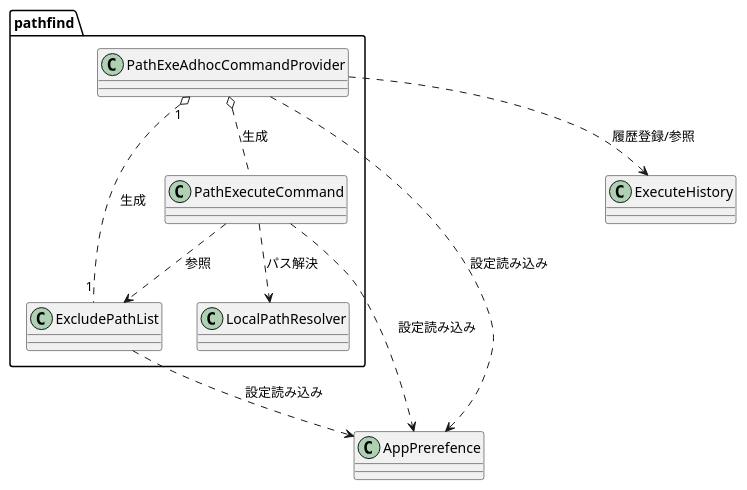
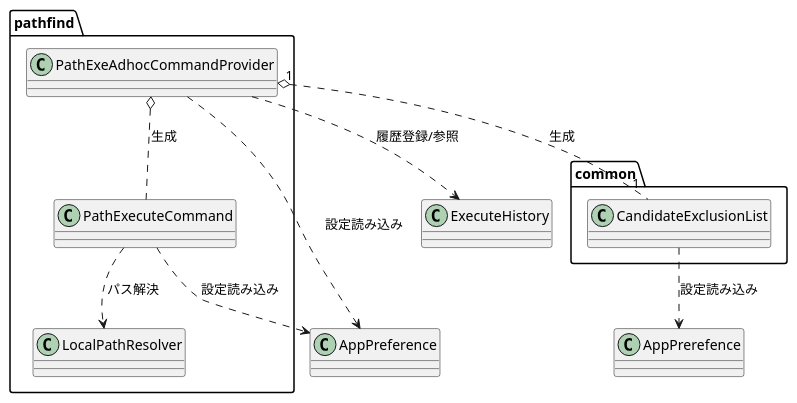
One commit to ampmmn/Soyokaze changed the first of 2 diagrams in src/soyokaze/commands/pathfind/README.md. Above: the diagram before and after it, drawn with PlantUML. The commit also changed other lines of this file and 24 other files, not shown here.

````diff
--- a/src/soyokaze/commands/pathfind/README.md
+++ b/src/soyokaze/commands/pathfind/README.md
@@ -7,29 +7,33 @@
 ```plantuml
 
-class AppPrerefence
+class AppPreference
 class ExecuteHistory
+
+namespace common {
+
+class CandidateExclusionList
+
+}
 
 namespace pathfind {
 
 class PathExeAdhocCommandProvider
 class PathExecuteCommand
-class ExcludePathList
 class LocalPathResolver
 
 PathExeAdhocCommandProvider o.. PathExecuteCommand : 生成
-PathExeAdhocCommandProvider "1" o.. "1" ExcludePathList : 生成
+PathExeAdhocCommandProvider "1" o.. "1" common.CandidateExclusionList : 生成
 
-PathExecuteCommand ..> ExcludePathList : 参照
 
 }
 
-pathfind.PathExecuteCommand ..> AppPrerefence : 設定読み込み
+pathfind.PathExecuteCommand ..> AppPreference : 設定読み込み
 pathfind.PathExecuteCommand ..> LocalPathResolver : パス解決
 
-pathfind.ExcludePathList ..> AppPrerefence : 設定読み込み
-pathfind.PathExeAdhocCommandProvider ..> AppPrerefence : 設定読み込み
+common.CandidateExclusionList ..> AppPrerefence : 設定読み込み
+pathfind.PathExeAdhocCommandProvider ..> AppPreference : 設定読み込み
 
 pathfind.PathExeAdhocCommandProvider ..> ExecuteHistory : 履歴登録/参照
 
 
 ```
````
